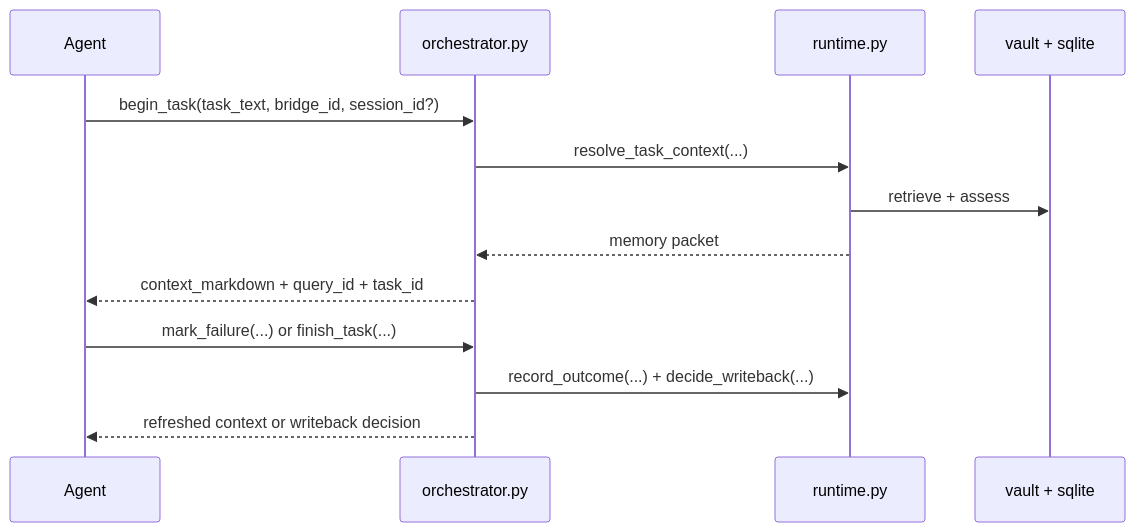
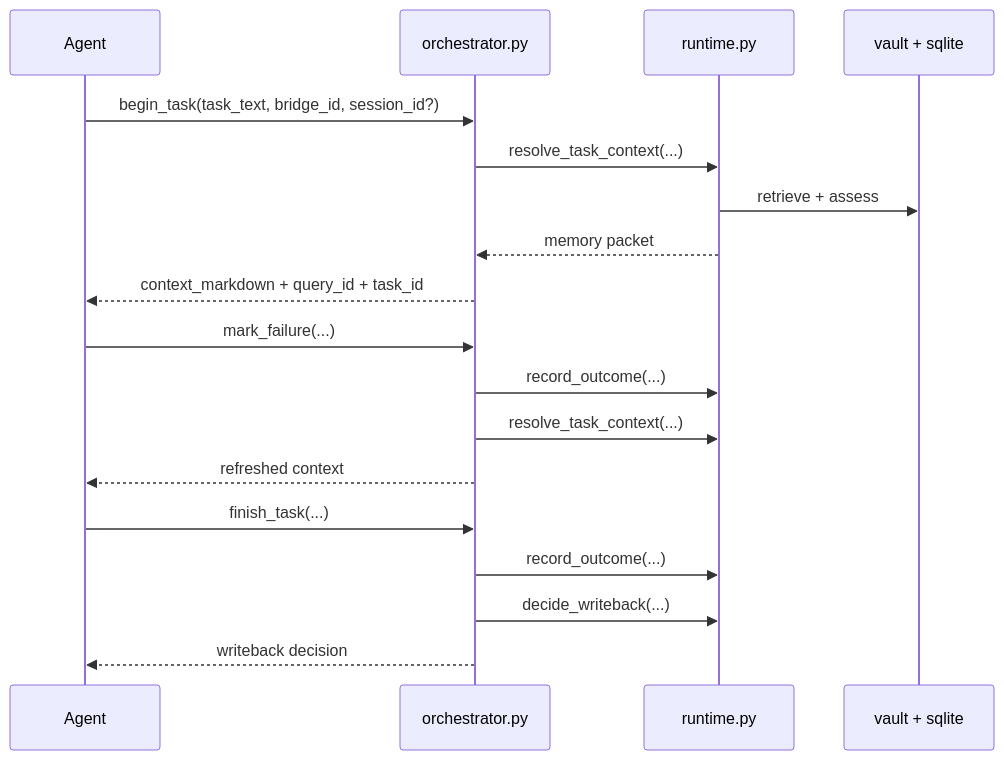
The fourth of 5 diagrams in README.md (Jianyu010/MnemonicOS), drawn with Mermaid before and after one commit. The commit also changed other lines of this file and 5 other files, not shown here.

````diff
--- a/README.md
+++ b/README.md
@@ -83,16 +83,21 @@
 ```mermaid
 sequenceDiagram
     participant Agent
     participant Orch as orchestrator.py
     participant RT as runtime.py
     participant DB as vault + sqlite
 
     Agent->>Orch: begin_task(task_text, bridge_id, session_id?)
     Orch->>RT: resolve_task_context(...)
     RT->>DB: retrieve + assess
     RT-->>Orch: memory packet
     Orch-->>Agent: context_markdown + query_id + task_id
-    Agent->>Orch: mark_failure(...) or finish_task(...)
-    Orch->>RT: record_outcome(...) + decide_writeback(...)
-    Orch-->>Agent: refreshed context or writeback decision
+    Agent->>Orch: mark_failure(...)
+    Orch->>RT: record_outcome(...)
+    Orch->>RT: resolve_task_context(...)
+    Orch-->>Agent: refreshed context
+    Agent->>Orch: finish_task(...)
+    Orch->>RT: record_outcome(...)
+    Orch->>RT: decide_writeback(...)
+    Orch-->>Agent: writeback decision
 ```
````
